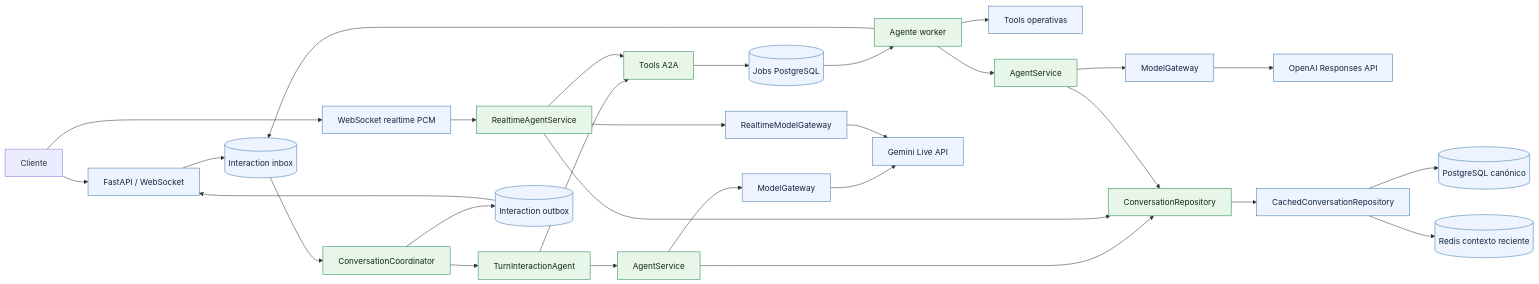
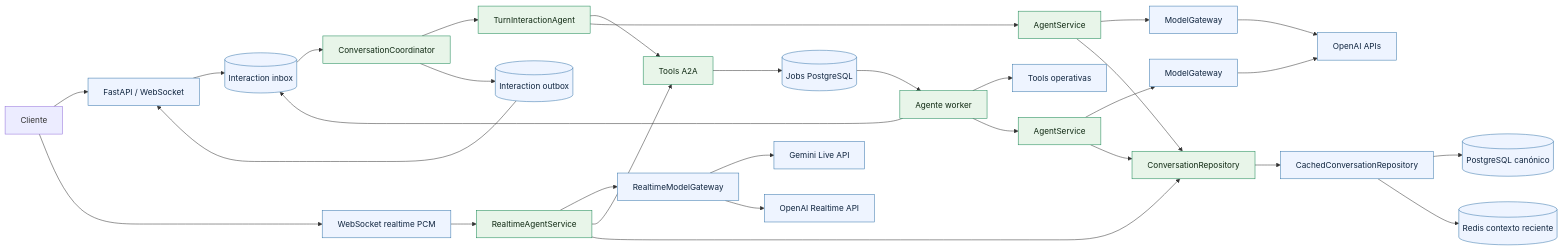
One commit to SergioReyesM24/TesseraFlow changed the first of 2 diagrams in README.md. Above: the diagram before and after it, drawn with Mermaid. The commit also changed other lines of this file and 23 other files, not shown here.

Commit message:
Add OpenAI realtime voice support

````diff
--- a/README.md
+++ b/README.md
@@ -246,36 +247,37 @@
 ```mermaid
 flowchart LR
     Client[Cliente] --> API[FastAPI / WebSocket]
     Client --> RealtimeAPI[WebSocket realtime PCM]
     API --> Inbox[(Interaction inbox)]
     Inbox --> Coordinator[ConversationCoordinator]
     Coordinator --> Interactive[TurnInteractionAgent]
     Interactive --> Protocol[Tools A2A]
     Protocol --> Jobs[(Jobs PostgreSQL)]
     Jobs --> Worker[Agente worker]
     Worker --> Inbox
     Worker --> Tools[Tools operativas]
     Interactive --> InteractiveService[AgentService]
     InteractiveService --> InteractiveGateway[ModelGateway]
-    InteractiveGateway --> Gemini[Gemini Live API]
+    InteractiveGateway --> OpenAI[OpenAI APIs]
     RealtimeAPI --> RealtimeService[RealtimeAgentService]
     RealtimeService --> RealtimeGateway[RealtimeModelGateway]
-    RealtimeGateway --> Gemini
+    RealtimeGateway --> Gemini[Gemini Live API]
+    RealtimeGateway --> OpenAIRealtime[OpenAI Realtime API]
     RealtimeService --> Protocol
     Worker --> WorkerService[AgentService]
     WorkerService --> WorkerGateway[ModelGateway]
-    WorkerGateway --> OpenAI[OpenAI Responses API]
+    WorkerGateway --> OpenAI
     Coordinator --> Outbox[(Interaction outbox)]
     Outbox --> API
     InteractiveService --> Repository[ConversationRepository]
     RealtimeService --> Repository
     WorkerService --> Repository
     Repository --> Cached[CachedConversationRepository]
     Cached --> PostgreSQL[(PostgreSQL canónico)]
     Cached --> Redis[(Redis contexto reciente)]
 
     classDef core fill:#e8f5e9,stroke:#198754,color:#102a13
     classDef adapter fill:#eef4ff,stroke:#3776ab,color:#10253f
     class Coordinator,Interactive,InteractiveService,RealtimeService,Protocol,Worker,WorkerService,Repository core
-    class API,RealtimeAPI,Inbox,Outbox,InteractiveGateway,RealtimeGateway,WorkerGateway,Gemini,OpenAI,Tools,Jobs,Cached,PostgreSQL,Redis adapter
+    class API,RealtimeAPI,Inbox,Outbox,InteractiveGateway,RealtimeGateway,WorkerGateway,Gemini,OpenAI,OpenAIRealtime,Tools,Jobs,Cached,PostgreSQL,Redis adapter
 ```
````
